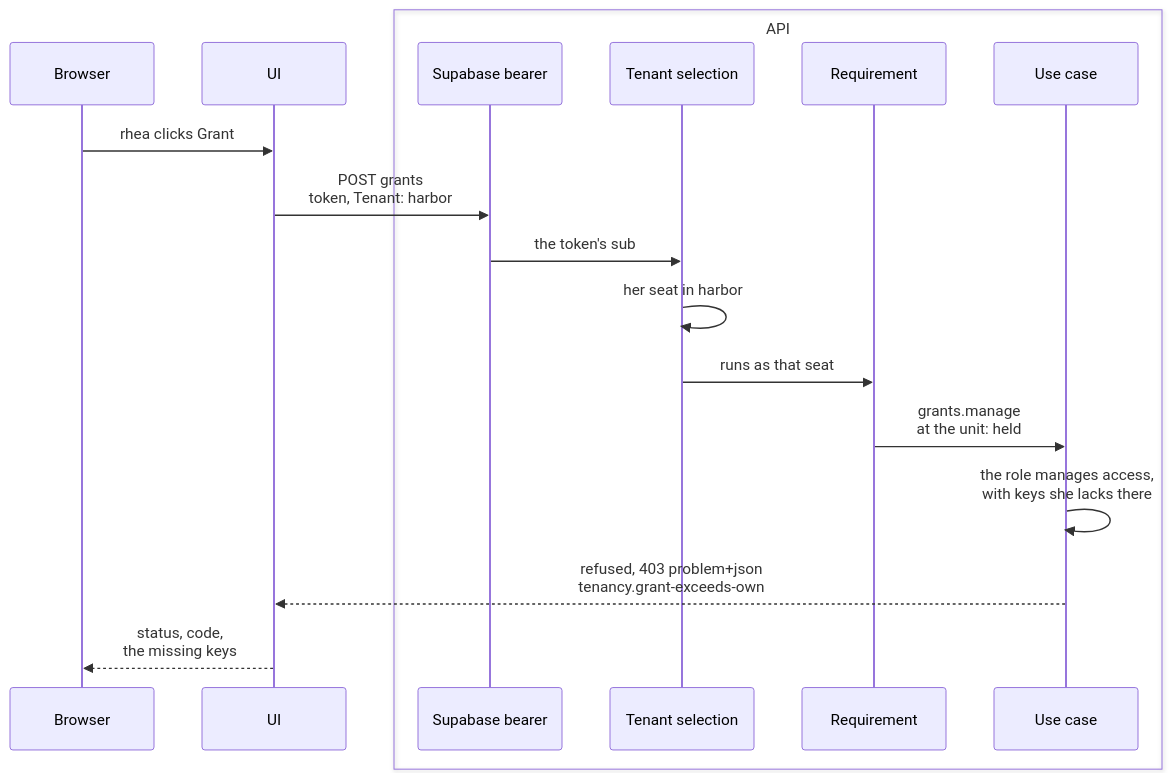
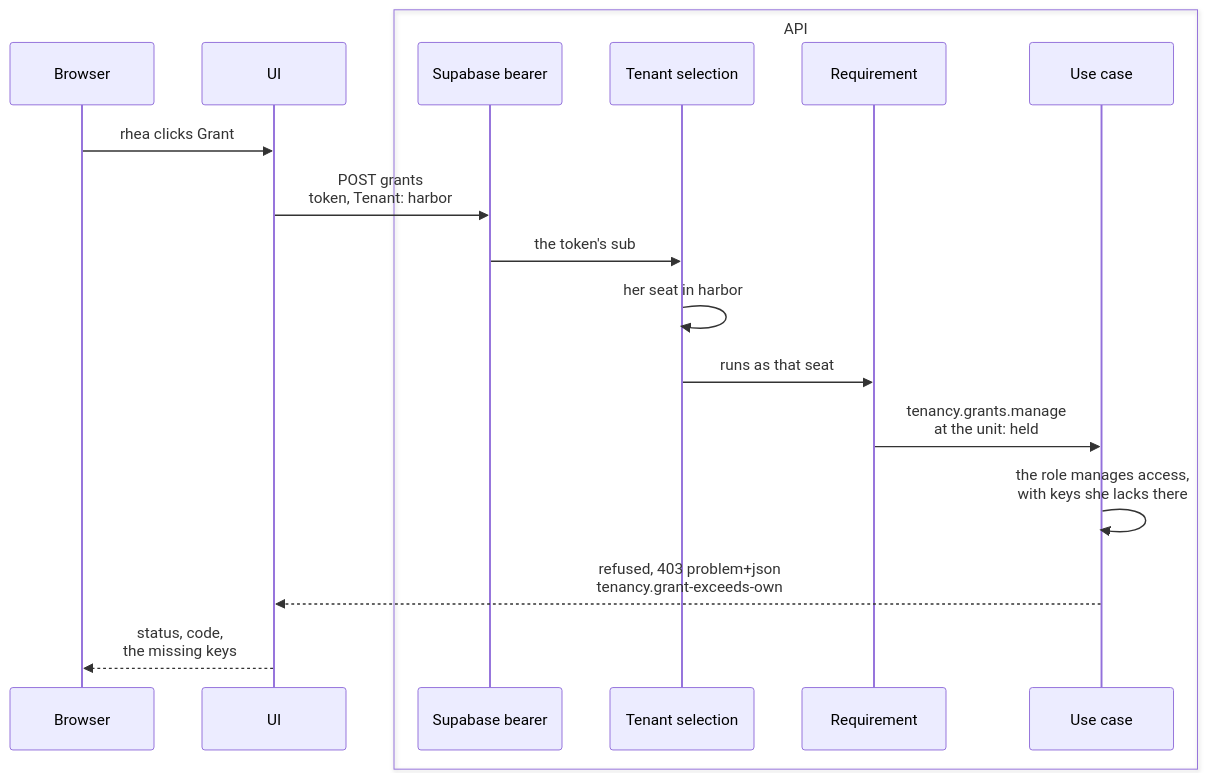
Diagram 20 of 22 in docs/tenancy.md (DylanSnel/DDDToolkit), drawn with Mermaid before and after one commit. The commit also changed other lines of this file and 7 other files, not shown here.

````diff
--- a/docs/tenancy.md
+++ b/docs/tenancy.md
@@ -3463,21 +3465,21 @@
 ```mermaid
 sequenceDiagram
     participant Browser
     participant UI
     box API
         participant Bearer as Supabase bearer
         participant Selection as Tenant selection
         participant Requirement
         participant UseCase as Use case
     end
 
     Browser->>UI: rhea clicks Grant
     UI->>Bearer: POST grants<br/>token, Tenant: harbor
     Bearer->>Selection: the token's sub
     Selection->>Selection: her seat in harbor
     Selection->>Requirement: runs as that seat
-    Requirement->>UseCase: grants.manage<br/>at the unit: held
+    Requirement->>UseCase: tenancy.grants.manage<br/>at the unit: held
     UseCase->>UseCase: the role manages access,<br/>with keys she lacks there
     UseCase-->>UI: refused, 403 problem+json<br/>tenancy.grant-exceeds-own
     UI-->>Browser: status, code,<br/>the missing keys
 ```
````
